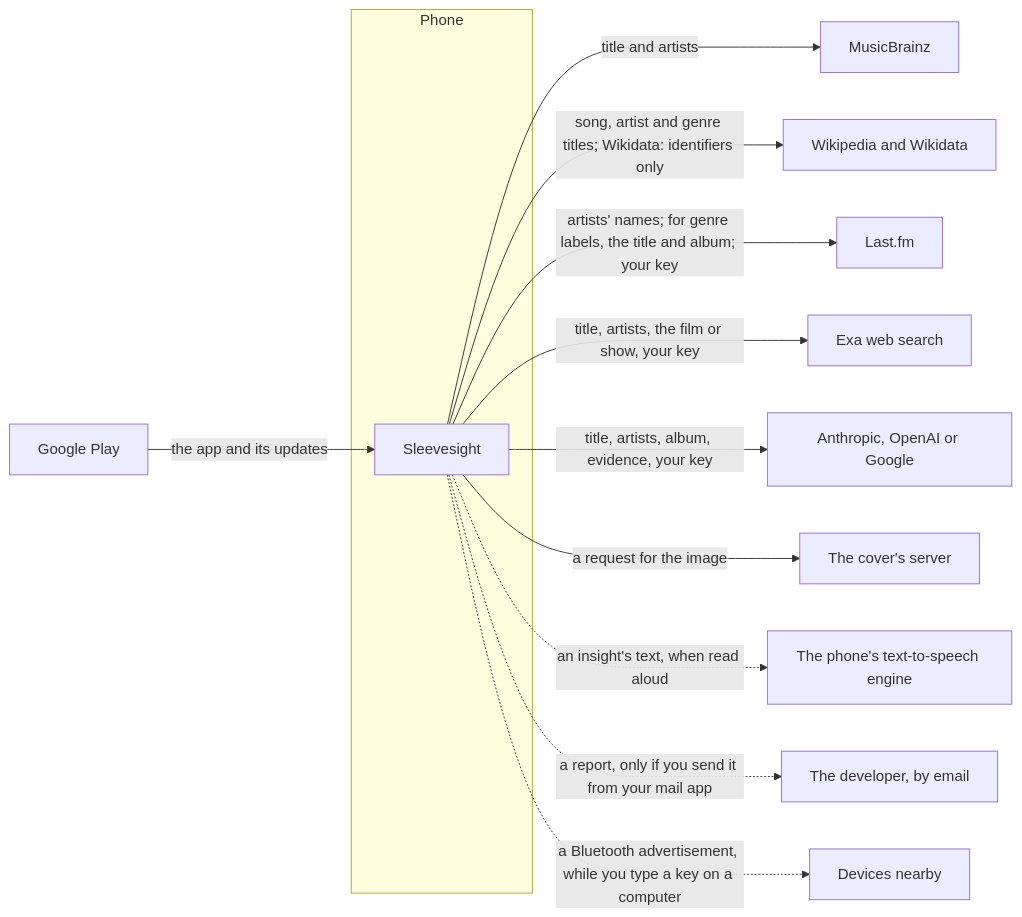
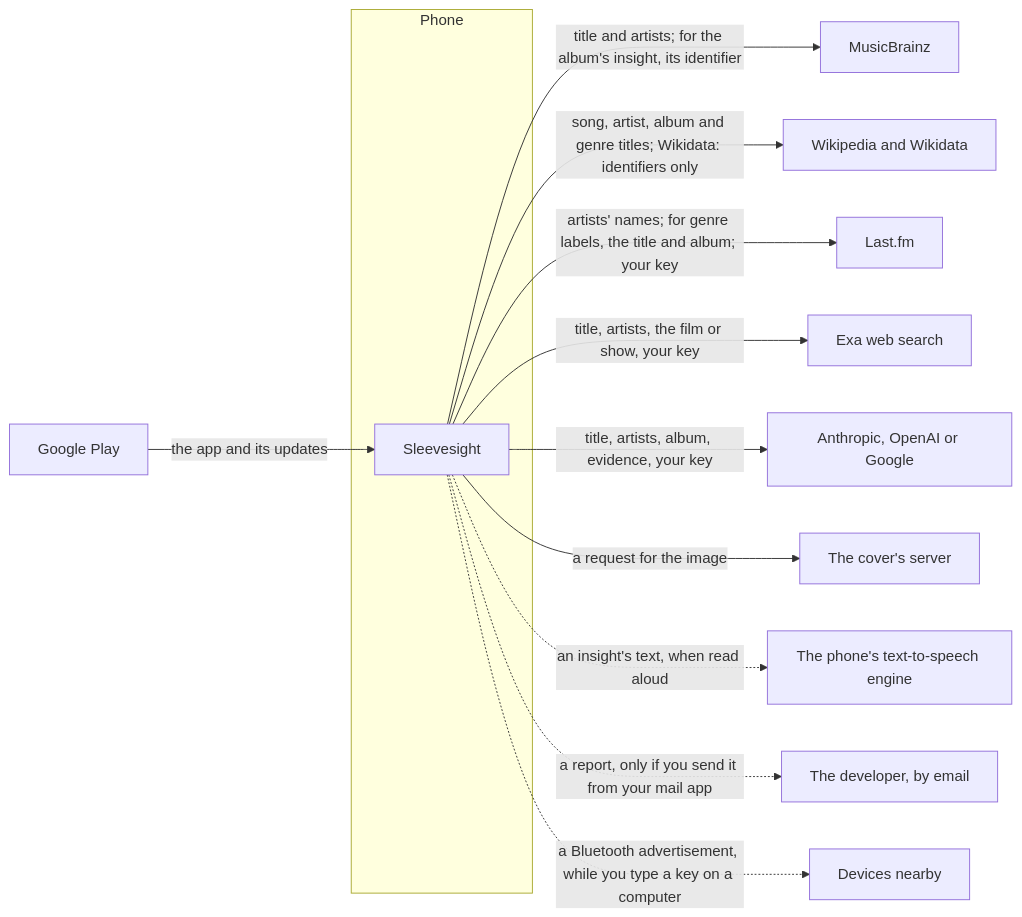
The second of 3 diagrams in docs/architecture/index.md (wkusnierczyk/sleevesight), drawn with Mermaid before and after one commit. The commit also changed other lines of this file and 17 other files, not shown here.

````diff
--- a/docs/architecture/index.md
+++ b/docs/architecture/index.md
@@ -97,16 +97,16 @@
 ```mermaid
 flowchart LR
   subgraph Phone
     App["Sleevesight"]
   end
-  App -- "title and artists" --> MB["MusicBrainz"]
-  App -- "song, artist and genre titles; Wikidata: identifiers only" --> WP["Wikipedia and Wikidata"]
+  App -- "title and artists; for the album's insight, its identifier" --> MB["MusicBrainz"]
+  App -- "song, artist, album and genre titles; Wikidata: identifiers only" --> WP["Wikipedia and Wikidata"]
   App -- "artists' names; for genre labels, the title and album; your key" --> LFM["Last.fm"]
   App -- "title, artists, the film or show, your key" --> Exa["Exa web search"]
   App -- "title, artists, album, evidence, your key" --> AI["Anthropic, OpenAI or Google"]
   App -- "a request for the image" --> Art["The cover's server"]
   App -. "an insight's text, when read aloud" .-> TTS["The phone's text-to-speech engine"]
   App -. "a report, only if you send it from your mail app" .-> Dev["The developer, by email"]
   App -. "a Bluetooth advertisement, while you type a key on a computer" .-> Near["Devices nearby"]
   Play["Google Play"] -- "the app and its updates" --> App
 ```
````
